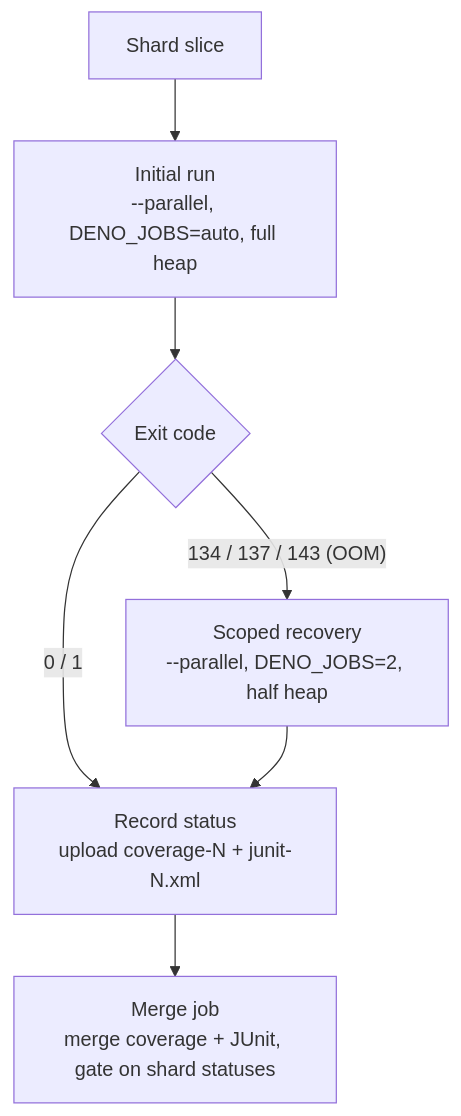
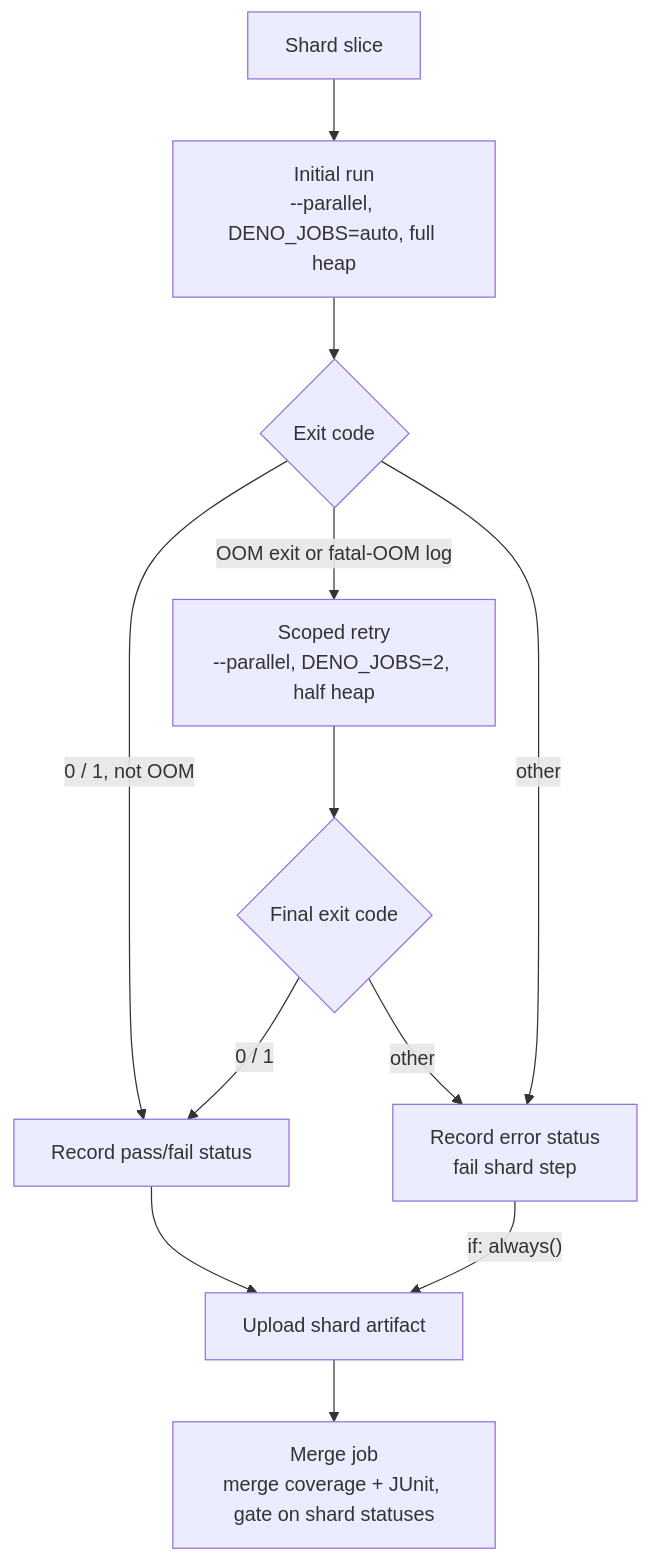
One commit to stSoftwareAU/NEAT-AI changed the third of 5 diagrams in docs/troubleshooting/CI.md. Above: the diagram before and after it, drawn with Mermaid. The commit also changed other lines of this file and 5 other files, not shown here.

First line of the commit message:
Fail coverage shards on runner crashes (#4122)

````diff
--- a/docs/troubleshooting/CI.md
+++ b/docs/troubleshooting/CI.md
@@ -180,9 +184,14 @@
 ```mermaid
 flowchart TD
     A[Shard slice] --> B["Initial run<br/>--parallel, DENO_JOBS=auto, full heap"]
     B --> C{Exit code}
-    C -->|"0 / 1"| E["Record status<br/>upload coverage-N + junit-N.xml"]
-    C -->|"134 / 137 / 143 (OOM)"| D["Scoped recovery<br/>--parallel, DENO_JOBS=2, half heap"]
-    D --> E
-    E --> M["Merge job<br/>merge coverage + JUnit, gate on shard statuses"]
+    C -->|"0 / 1, not OOM"| E["Record pass/fail status"]
+    C -->|"OOM exit or fatal-OOM log"| D["Scoped retry<br/>--parallel, DENO_JOBS=2, half heap"]
+    D --> R{Final exit code}
+    R -->|"0 / 1"| E
+    R -->|"other"| X["Record error status<br/>fail shard step"]
+    C -->|"other"| X
+    X -->|"if: always()"| U["Upload shard artifact"]
+    E --> U
+    U --> M["Merge job<br/>merge coverage + JUnit, gate on shard statuses"]
 ```
````
